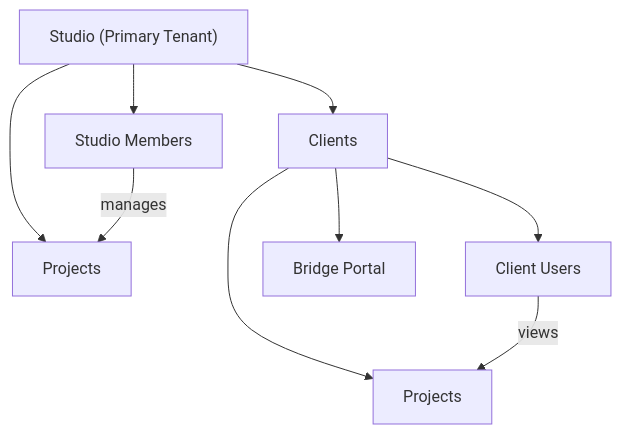
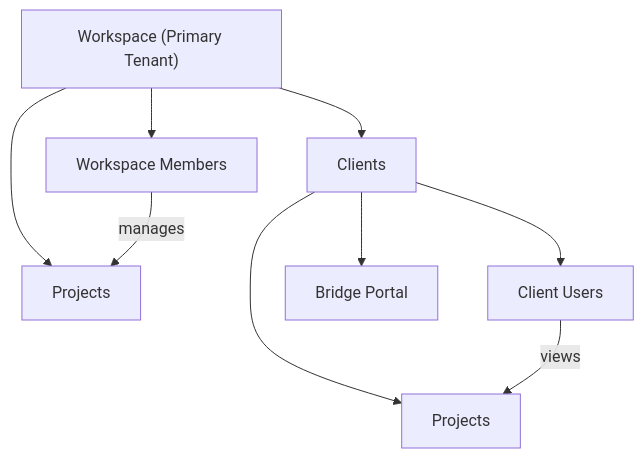
Before and after one commit to createdbysalt/salt: the diagram in docs/architecture/multi-tenancy.md, drawn with Mermaid. The commit also changed other lines of this file and 622 other files, not shown here.

````diff
--- a/docs/architecture/multi-tenancy.md
+++ b/docs/architecture/multi-tenancy.md
@@ -7,14 +7,14 @@
 ```mermaid
 graph TD
-    Studio["Studio (Primary Tenant)"]
-    Studio --> SM["Studio Members"]
-    Studio --> C["Clients"]
-    Studio --> P1["Projects"]
+    Workspace["Workspace (Primary Tenant)"]
+    Workspace --> WM["Workspace Members"]
+    Workspace --> C["Clients"]
+    Workspace --> P1["Projects"]
 
     C --> CU["Client Users"]
     C --> BP["Bridge Portal"]
     C --> P2["Projects"]
 
-    SM -->|manages| P1
+    WM -->|manages| P1
     CU -->|views| P2
 ```
````
